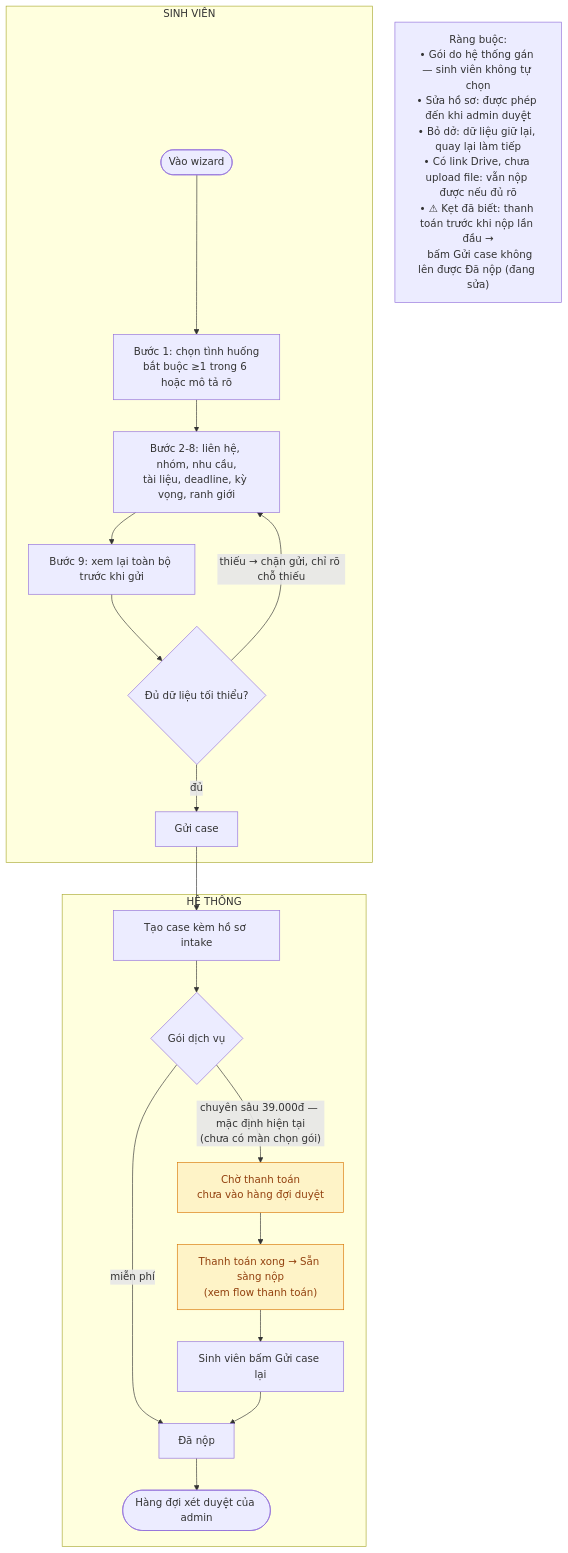
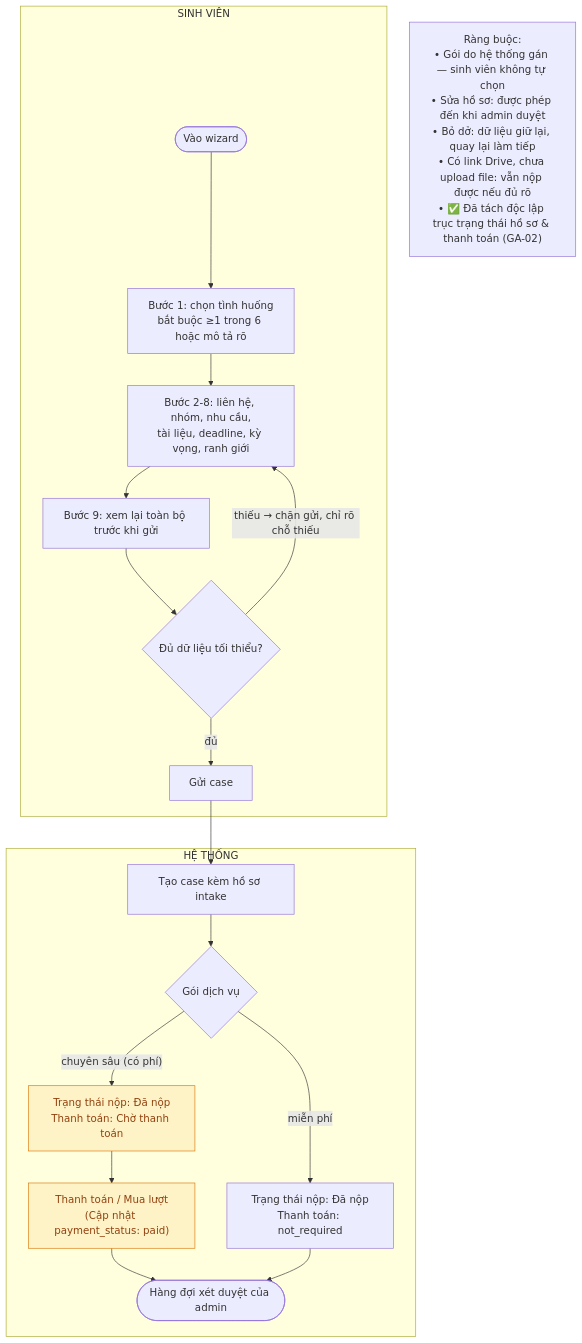
Before and after one commit to NEXUS-FOR-STARTUP/nexus-platform: the diagram in docs/flows/intake-flow.md, drawn with Mermaid. The commit also changed other lines of this file and 2 other files, not shown here.

Commit message:
docs(flows): align mermaid diagrams with ga-02 and update review progress

````diff
--- a/docs/flows/intake-flow.md
+++ b/docs/flows/intake-flow.md
@@ -33,24 +33,23 @@
 ```mermaid
 flowchart TD
     subgraph SV["SINH VIÊN"]
         A(["Vào wizard"]) --> B["Bước 1: chọn tình huống<br/>bắt buộc ≥1 trong 6 hoặc mô tả rõ"]
         B --> C["Bước 2-8: liên hệ, nhóm, nhu cầu,<br/>tài liệu, deadline, kỳ vọng, ranh giới"]
         C --> D["Bước 9: xem lại toàn bộ trước khi gửi"]
         D --> E{"Đủ dữ liệu tối thiểu?"}
         E -- "thiếu → chặn gửi, chỉ rõ chỗ thiếu" --> C
         E -- "đủ" --> F["Gửi case"]
     end
     subgraph HT["HỆ THỐNG"]
         F --> G["Tạo case kèm hồ sơ intake"]
         G --> H{"Gói dịch vụ"}
-        H -- "chuyên sâu 39.000đ — mặc định hiện tại<br/>(chưa có màn chọn gói)" --> I["Chờ thanh toán<br/>chưa vào hàng đợi duyệt"]
-        H -- "miễn phí" --> J["Đã nộp"]
-        I --> K["Thanh toán xong → Sẵn sàng nộp<br/>(xem flow thanh toán)"]
-        K --> L["Sinh viên bấm Gửi case lại"]
-        L --> J
+        H -- "chuyên sâu (có phí)" --> I["Trạng thái nộp: Đã nộp<br/>Thanh toán: Chờ thanh toán"]
+        H -- "miễn phí" --> J["Trạng thái nộp: Đã nộp<br/>Thanh toán: not_required"]
+        I --> K["Thanh toán / Mua lượt<br/>(Cập nhật payment_status: paid)"]
+        K --> M
         J --> M(["Hàng đợi xét duyệt của admin"])
     end
-    RULES["Ràng buộc:<br/>• Gói do hệ thống gán — sinh viên không tự chọn<br/>• Sửa hồ sơ: được phép đến khi admin duyệt<br/>• Bỏ dở: dữ liệu giữ lại, quay lại làm tiếp<br/>• Có link Drive, chưa upload file: vẫn nộp được nếu đủ rõ<br/>• ⚠ Kẹt đã biết: thanh toán trước khi nộp lần đầu →<br/>  bấm Gửi case không lên được Đã nộp (đang sửa)"]
+    RULES["Ràng buộc:<br/>• Gói do hệ thống gán — sinh viên không tự chọn<br/>• Sửa hồ sơ: được phép đến khi admin duyệt<br/>• Bỏ dở: dữ liệu giữ lại, quay lại làm tiếp<br/>• Có link Drive, chưa upload file: vẫn nộp được nếu đủ rõ<br/>• ✅ Đã tách độc lập trục trạng thái hồ sơ & thanh toán (GA-02)"]
     classDef warn fill:#FEF3C7,stroke:#D97706,color:#92400E
     class I,K warn
 ```
````
